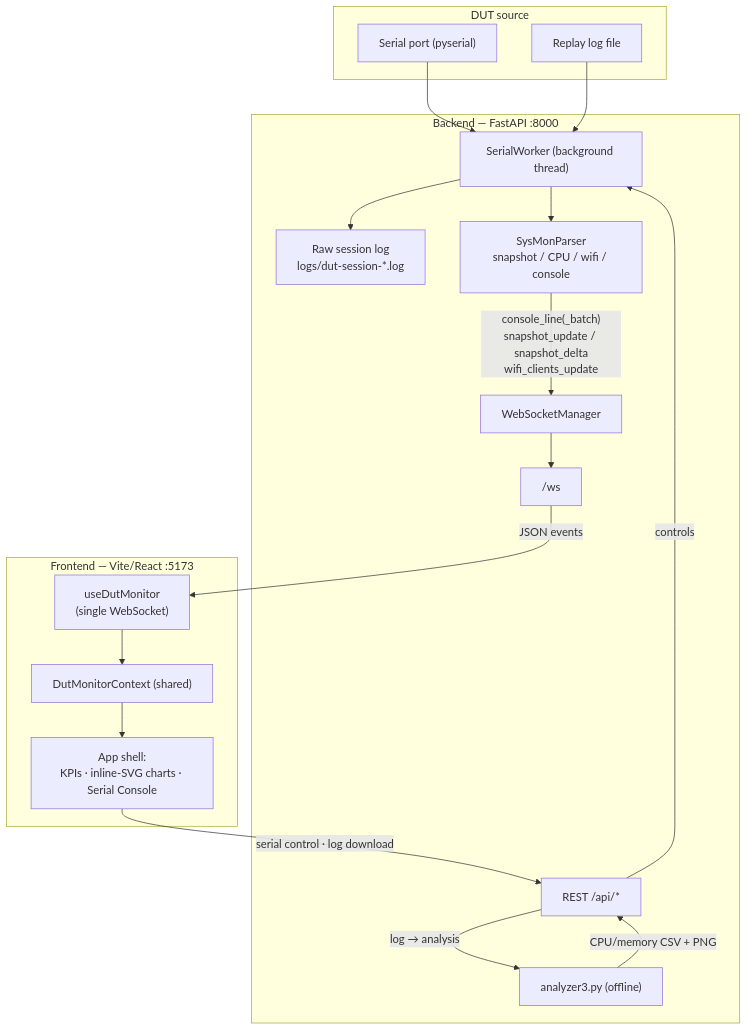
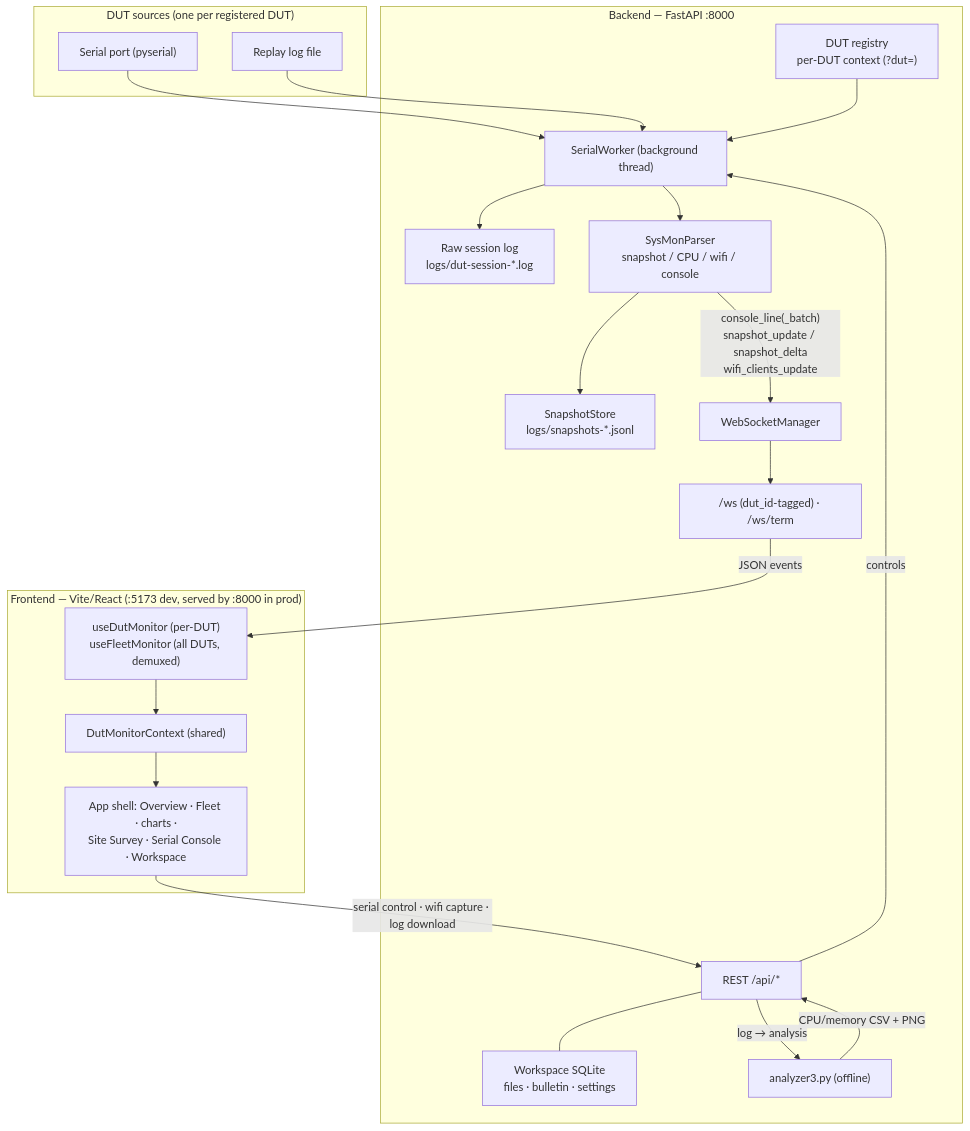
One commit to reviealnow/DUT_browser changed the diagram in README.md. Above: the diagram before and after it, drawn with Mermaid. The commit also changed other lines of this file and 1 other file, not shown here.

````diff
--- a/README.md
+++ b/README.md
@@ -13,33 +15,39 @@
 ```mermaid
 flowchart TD
-    subgraph SRC["DUT source"]
+    subgraph SRC["DUT sources (one per registered DUT)"]
       SER["Serial port (pyserial)"]
       REP["Replay log file"]
     end
 
     subgraph BE["Backend — FastAPI :8000"]
+      REG["DUT registry<br/>per-DUT context (?dut=)"]
       SW["SerialWorker (background thread)"]
       LOGF["Raw session log<br/>logs/dut-session-*.log"]
       PARSER["SysMonParser<br/>snapshot / CPU / wifi / console"]
+      SS["SnapshotStore<br/>logs/snapshots-*.jsonl"]
       WSM["WebSocketManager"]
-      WS["/ws"]
+      WS["/ws (dut_id-tagged) · /ws/term"]
       REST["REST /api/*"]
+      DB["Workspace SQLite<br/>files · bulletin · settings"]
       AN["analyzer3.py (offline)"]
     end
 
-    subgraph FE["Frontend — Vite/React :5173"]
-      MON["useDutMonitor<br/>(single WebSocket)"]
+    subgraph FE["Frontend — Vite/React (:5173 dev, served by :8000 in prod)"]
+      MON["useDutMonitor (per-DUT)<br/>useFleetMonitor (all DUTs, demuxed)"]
       CTX["DutMonitorContext (shared)"]
-      UI["App shell:<br/>KPIs · inline-SVG charts · Serial Console"]
+      UI["App shell: Overview · Fleet · charts ·<br/>Site Survey · Serial Console · Workspace"]
     end
 
     SER --> SW
     REP --> SW
+    REG --> SW
     SW --> LOGF
     SW --> PARSER
+    PARSER --> SS
     PARSER -->|"console_line(_batch)<br/>snapshot_update / snapshot_delta<br/>wifi_clients_update"| WSM --> WS
     WS -->|JSON events| MON --> CTX --> UI
-    UI -->|serial control · log download| REST
+    UI -->|serial control · wifi capture · log download| REST
     REST -->|controls| SW
+    REST --- DB
     REST -->|log → analysis| AN -->|CPU/memory CSV + PNG| REST
 ```
````
